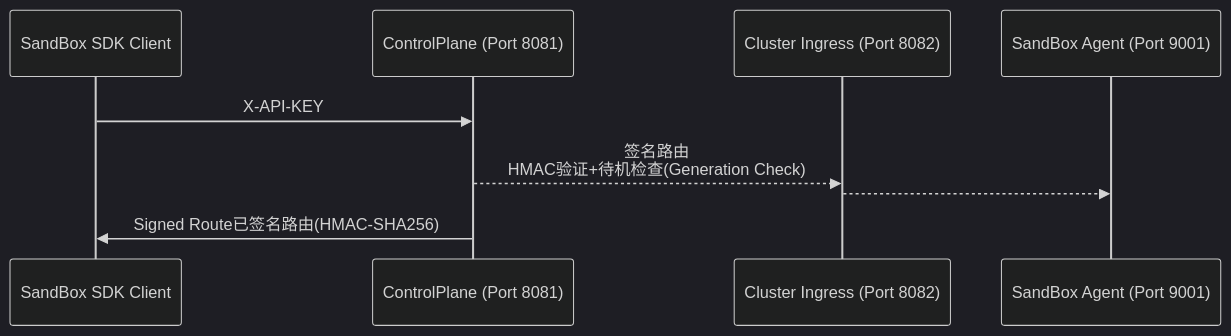
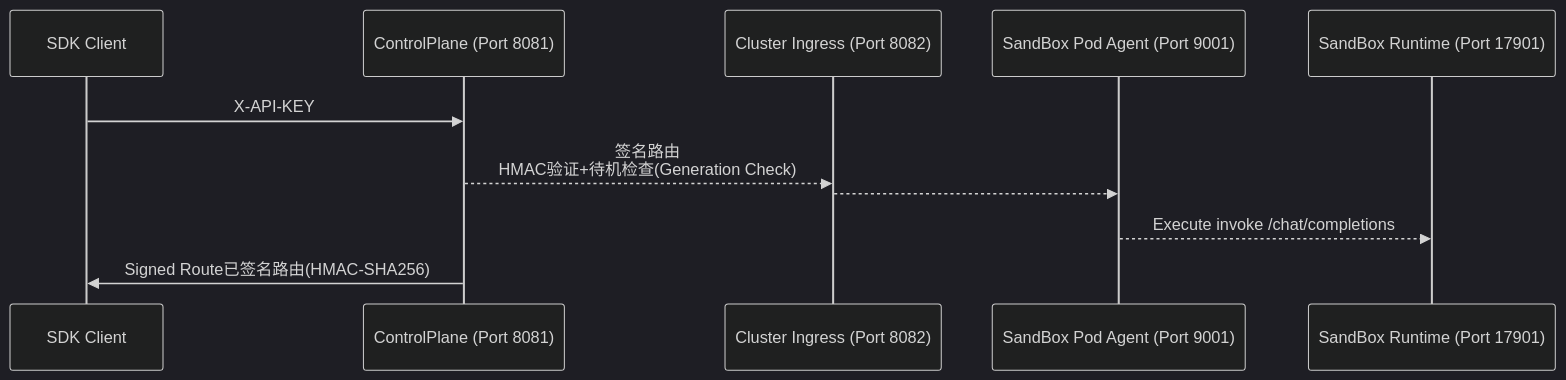
One commit to siuhunh/Huawei_Work_Summary changed the first of 3 diagrams in omniinfer/omni-env/omni-env.md. Above: the diagram before and after it, drawn with Mermaid (dark theme). The commit also changed other lines of this file, not shown here.

````diff
--- a/omniinfer/omni-env/omni-env.md
+++ b/omniinfer/omni-env/omni-env.md
@@ -9,12 +9,15 @@
 ```mermaid
 sequenceDiagram
-    participant A as SandBox SDK Client
+    participant A as SDK Client
     participant B as ControlPlane (Port 8081)
     participant C as Cluster Ingress (Port 8082)
-    participant D as SandBox Agent (Port 9001)
+    participant D as SandBox Pod Agent (Port 9001)
+    participant E as SandBox Runtime (Port 17901)
     
     A->>B: X-API-KEY
     B-->>C: 签名路由<br/>HMAC验证+待机检查(Generation Check)
     C-->>D: 
+    D-->>E: Execute invoke /chat/completions
     B->>A: Signed Route已签名路由(HMAC-SHA256)
+
 ```
````
